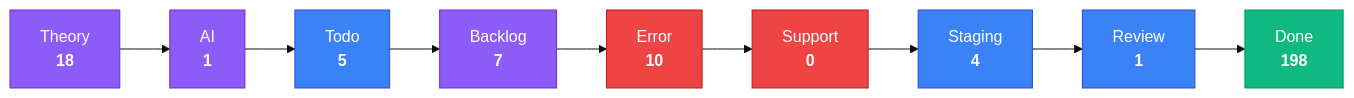
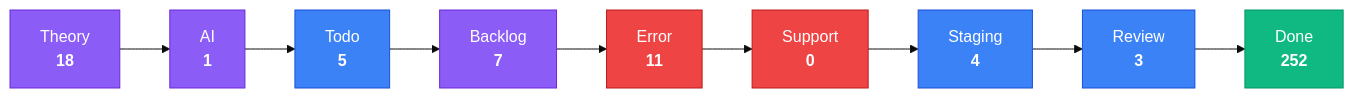
The third of 4 diagrams in apps/kbve/astro-kbve/src/content/docs/dashboard/kanban.mdx (KBVE/kbve), drawn with Mermaid (base theme) before and after one commit. The commit also changed other lines of this file and 8 other files, not shown here.

````diff
--- a/apps/kbve/astro-kbve/src/content/docs/dashboard/kanban.mdx
+++ b/apps/kbve/astro-kbve/src/content/docs/dashboard/kanban.mdx
@@ -80,28 +80,28 @@
 ```mermaid
 flowchart LR
     classDef planning fill:#8b5cf6,stroke:#6d28d9,color:#fff
     classDef active fill:#3b82f6,stroke:#1d4ed8,color:#fff
     classDef blocked fill:#ef4444,stroke:#b91c1c,color:#fff
     classDef done fill:#10b981,stroke:#059669,color:#fff
     Theory["Theory<br/><strong>18</strong>"]
     Theory --> AI
     AI["AI<br/><strong>1</strong>"]
     AI --> Todo
     Todo["Todo<br/><strong>5</strong>"]
     Todo --> Backlog
     Backlog["Backlog<br/><strong>7</strong>"]
     Backlog --> Error
-    Error["Error<br/><strong>10</strong>"]
+    Error["Error<br/><strong>11</strong>"]
     Error --> Support
     Support["Support<br/><strong>0</strong>"]
     Support --> Staging
     Staging["Staging<br/><strong>4</strong>"]
     Staging --> Review
-    Review["Review<br/><strong>1</strong>"]
+    Review["Review<br/><strong>3</strong>"]
     Review --> Done
-    Done["Done<br/><strong>198</strong>"]
+    Done["Done<br/><strong>252</strong>"]
     class Theory,AI,Backlog planning
     class Todo,Staging,Review active
     class Error,Support blocked
     class Done done
 ```
````
